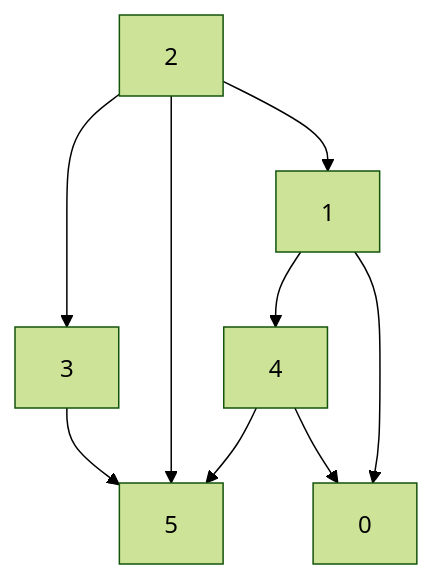
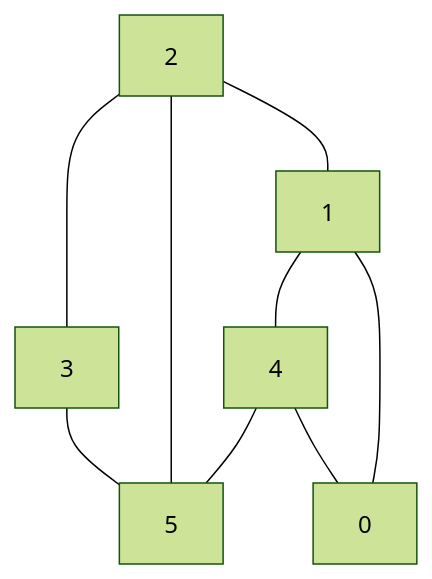
The first of 7 diagrams in docs/grafos/grafos.md (martinsglucas/eda2), drawn with Mermaid (forest theme) before and after one commit. The commit also changed other lines of this file, not shown here.

````diff
--- a/docs/grafos/grafos.md
+++ b/docs/grafos/grafos.md
@@ -8,11 +8,11 @@
 ```mermaid
 graph TD
-    2 --> 3
-    2 --> 5
-    2 --> 1
-    3 --> 5
-    1 --> 4
-    1 --> 0
-    4 --> 5
-    4 --> 0
+    2 --- 3
+    2 --- 5
+    2 --- 1
+    3 --- 5
+    1 --- 4
+    1 --- 0
+    4 --- 5
+    4 --- 0
 ```
````
